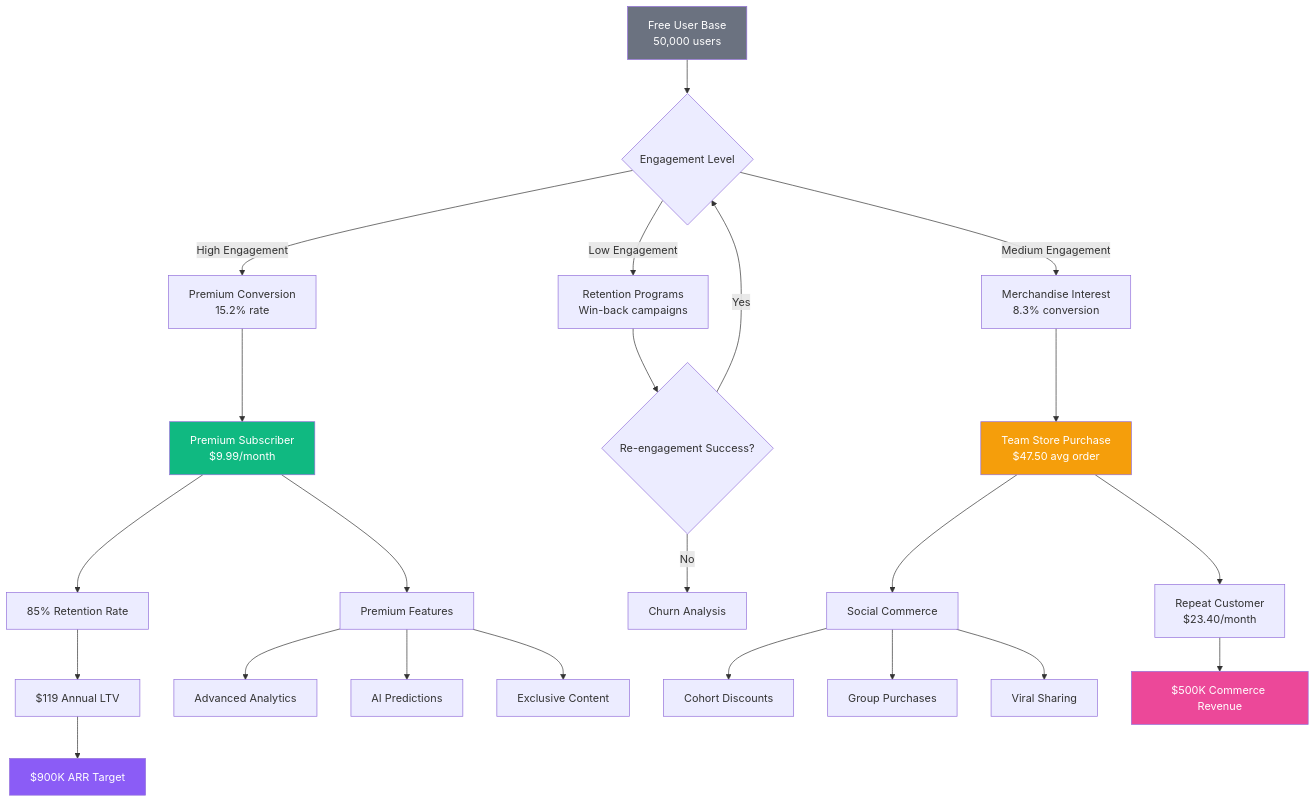
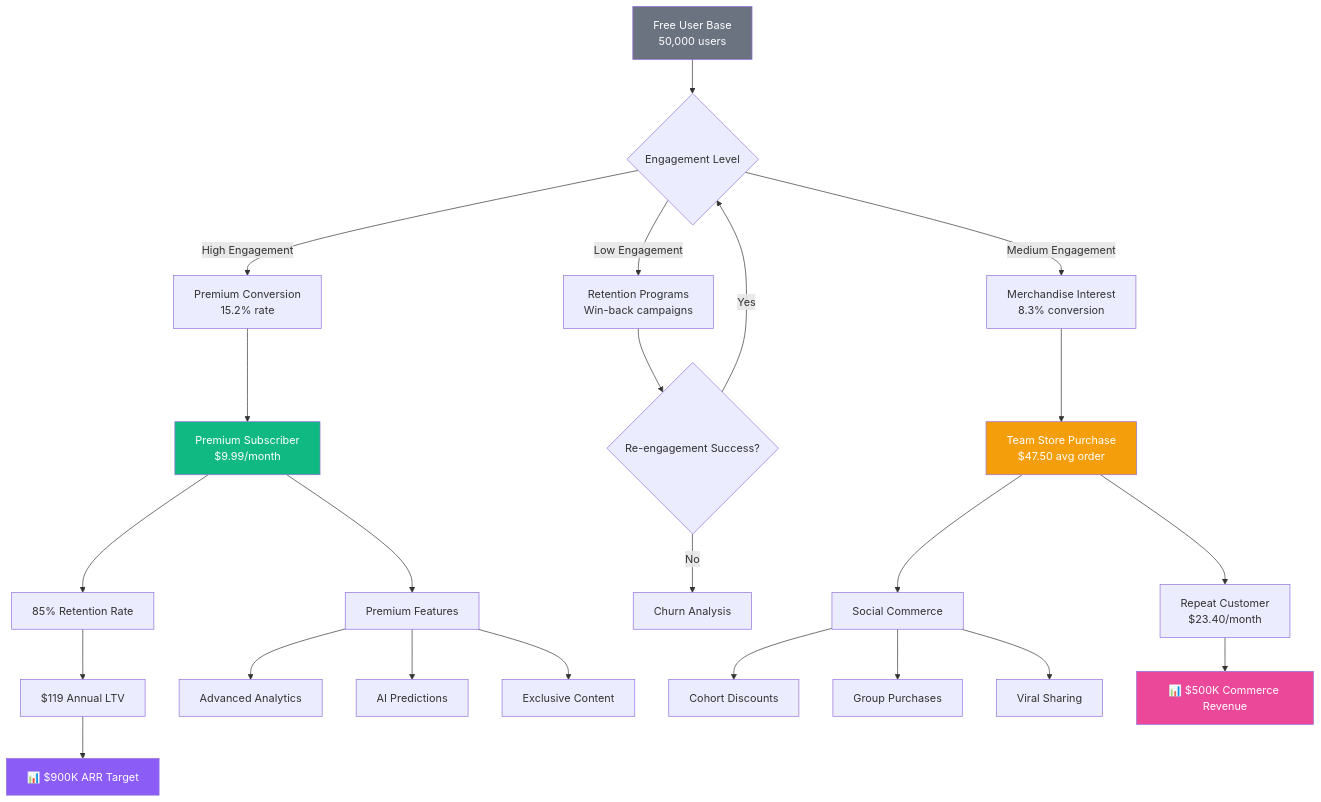
One commit to SkaFld-Ignite/ref-u-wireframes changed the third of 9 diagrams in docs/investor-flows.md. Above: the diagram before and after it, drawn with Mermaid. The commit also changed other lines of this file and 2 other files, not shown here.

Commit message:
Restore proper emojis and add back colors to Mermaid flow charts

````diff
--- a/docs/investor-flows.md
+++ b/docs/investor-flows.md
@@ -100,38 +102,38 @@
 ```mermaid
 graph TD
     A[Free User Base<br/>50,000 users] --> B{Engagement Level}
     
     B -->|High Engagement| C[Premium Conversion<br/>15.2% rate]
     B -->|Medium Engagement| D[Merchandise Interest<br/>8.3% conversion]
     B -->|Low Engagement| E[Retention Programs<br/>Win-back campaigns]
     
     C --> F[Premium Subscriber<br/>$9.99/month]
     F --> G[85% Retention Rate]
     G --> H[$119 Annual LTV]
     
     D --> I[Team Store Purchase<br/>$47.50 avg order]
     I --> J[Repeat Customer<br/>$23.40/month]
     
     E --> K{Re-engagement Success?}
     K -->|Yes| B
     K -->|No| L[Churn Analysis]
     
     F --> M[Premium Features]
     M --> N[Advanced Analytics]
     M --> O[AI Predictions]
     M --> P[Exclusive Content]
     
     I --> Q[Social Commerce]
     Q --> R[Cohort Discounts]
     Q --> S[Group Purchases]
     Q --> T[Viral Sharing]
     
-    H --> U[ $900K ARR Target]
-    J --> V[ $500K Commerce Revenue]
+    H --> U[📊 $900K ARR Target]
+    J --> V[📊 $500K Commerce Revenue]
     
     style A fill:#6b7280,color:white
     style F fill:#10b981,color:white
     style I fill:#f59e0b,color:white
     style U fill:#8b5cf6,color:white
     style V fill:#ec4899,color:white
 ```
````
